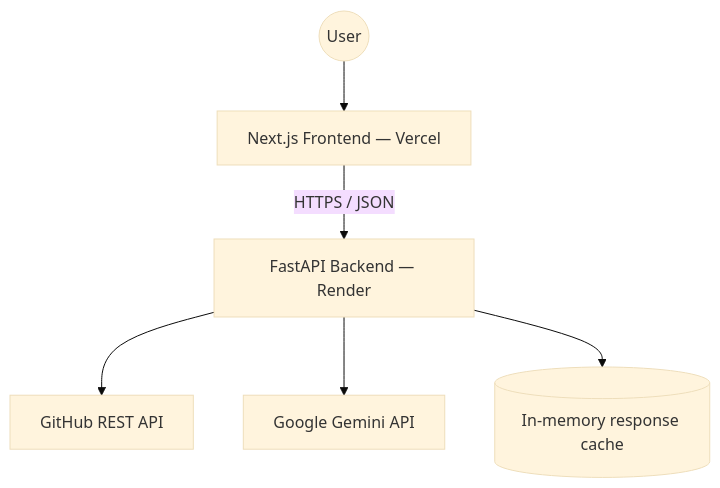
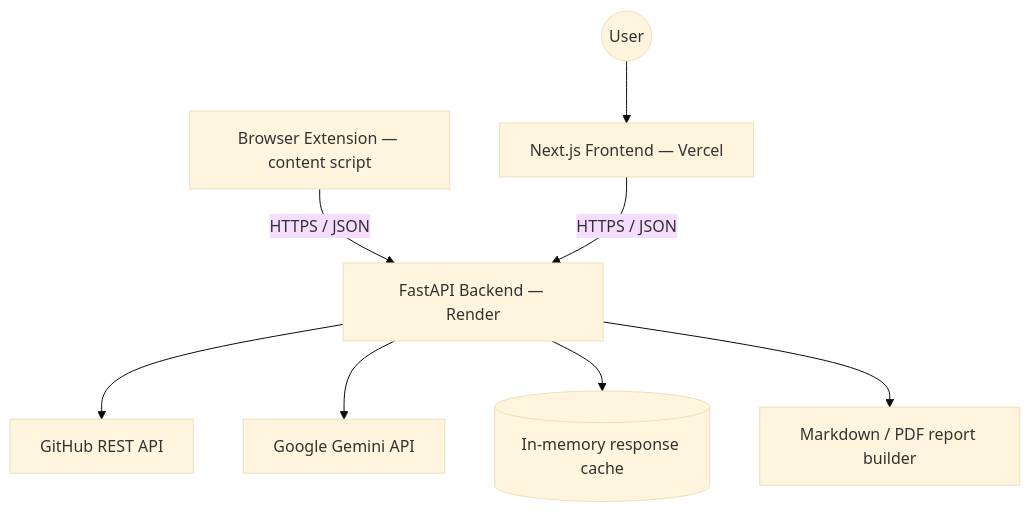
Before and after one commit to AboobakerSiddique/Github-Intelligence: the diagram in README.md, drawn with Mermaid (base theme). The commit also changed other lines of this file, not shown here.

````diff
--- a/README.md
+++ b/README.md
@@ -90,8 +102,10 @@
 ```mermaid
 flowchart TD
     User((User)) --> FE[Next.js Frontend — Vercel]
+    Ext[Browser Extension — content script] -->|HTTPS / JSON| BE
     FE -->|HTTPS / JSON| BE[FastAPI Backend — Render]
     BE --> GH[GitHub REST API]
     BE --> GEMINI[Google Gemini API]
     BE --> CACHE[(In-memory response cache)]
+    BE --> EXPORT[Markdown / PDF report builder]
 ```
````
